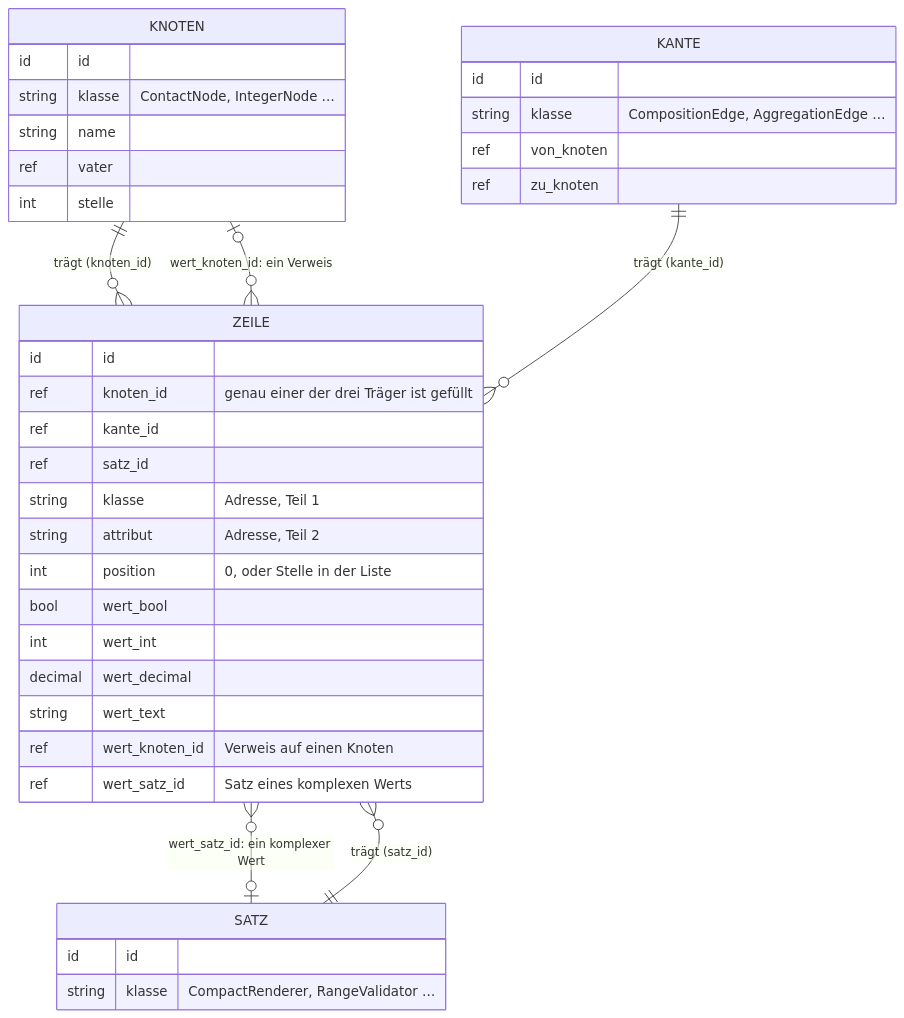
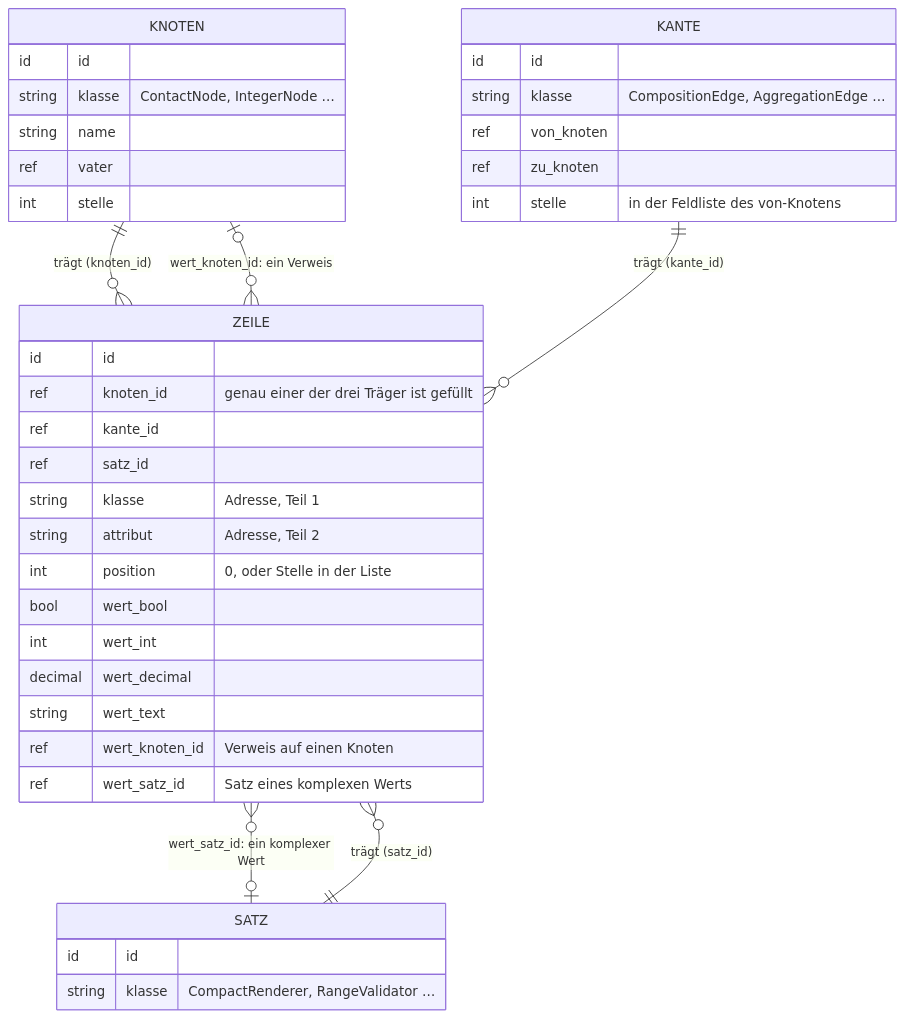
One commit to sfambach/wp-taxonomy-modeler changed the seventh of 9 diagrams in docs/einstellungen-von-null.md. Above: the diagram before and after it, drawn with Mermaid. The commit also changed other lines of this file, not shown here.

Commit message:
Einstellungen von null: position ist Struktur (stelle am Knoten und an der Kante), icon wohnt in den Labels - beide fallen aus der Attributliste

````diff
--- a/docs/einstellungen-von-null.md
+++ b/docs/einstellungen-von-null.md
@@ -407,40 +407,41 @@
 ```mermaid
 erDiagram
   KNOTEN ||--o{ ZEILE : "trägt (knoten_id)"
   KANTE ||--o{ ZEILE : "trägt (kante_id)"
   SATZ ||--o{ ZEILE : "trägt (satz_id)"
   ZEILE }o--o| SATZ : "wert_satz_id: ein komplexer Wert"
   ZEILE }o--o| KNOTEN : "wert_knoten_id: ein Verweis"
   KNOTEN {
     id id
     string klasse "ContactNode, IntegerNode …"
     string name
     ref vater
     int stelle
   }
   KANTE {
     id id
     string klasse "CompositionEdge, AggregationEdge …"
     ref von_knoten
     ref zu_knoten
+    int stelle "in der Feldliste des von-Knotens"
   }
   SATZ {
     id id
     string klasse "CompactRenderer, RangeValidator …"
   }
   ZEILE {
     id id
     ref knoten_id "genau einer der drei Träger ist gefüllt"
     ref kante_id
     ref satz_id
     string klasse "Adresse, Teil 1"
     string attribut "Adresse, Teil 2"
     int position "0, oder Stelle in der Liste"
     bool wert_bool
     int wert_int
     decimal wert_decimal
     string wert_text
     ref wert_knoten_id "Verweis auf einen Knoten"
     ref wert_satz_id "Satz eines komplexen Werts"
   }
 ```
````
